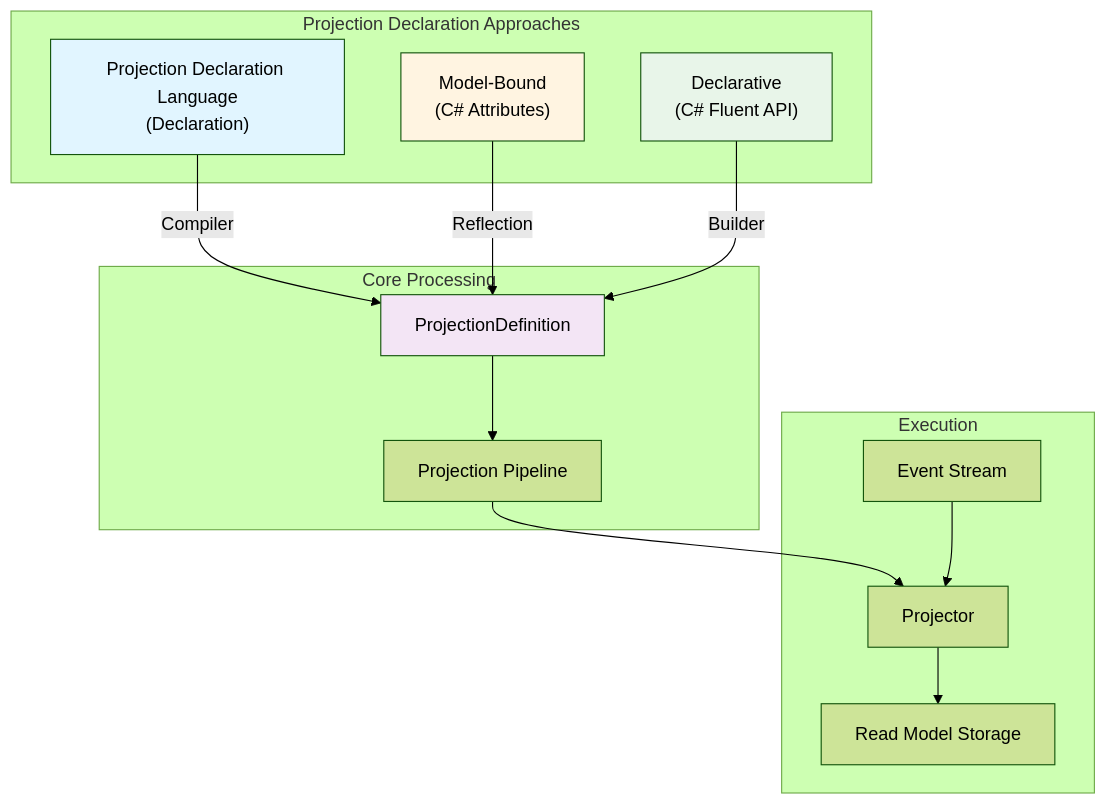
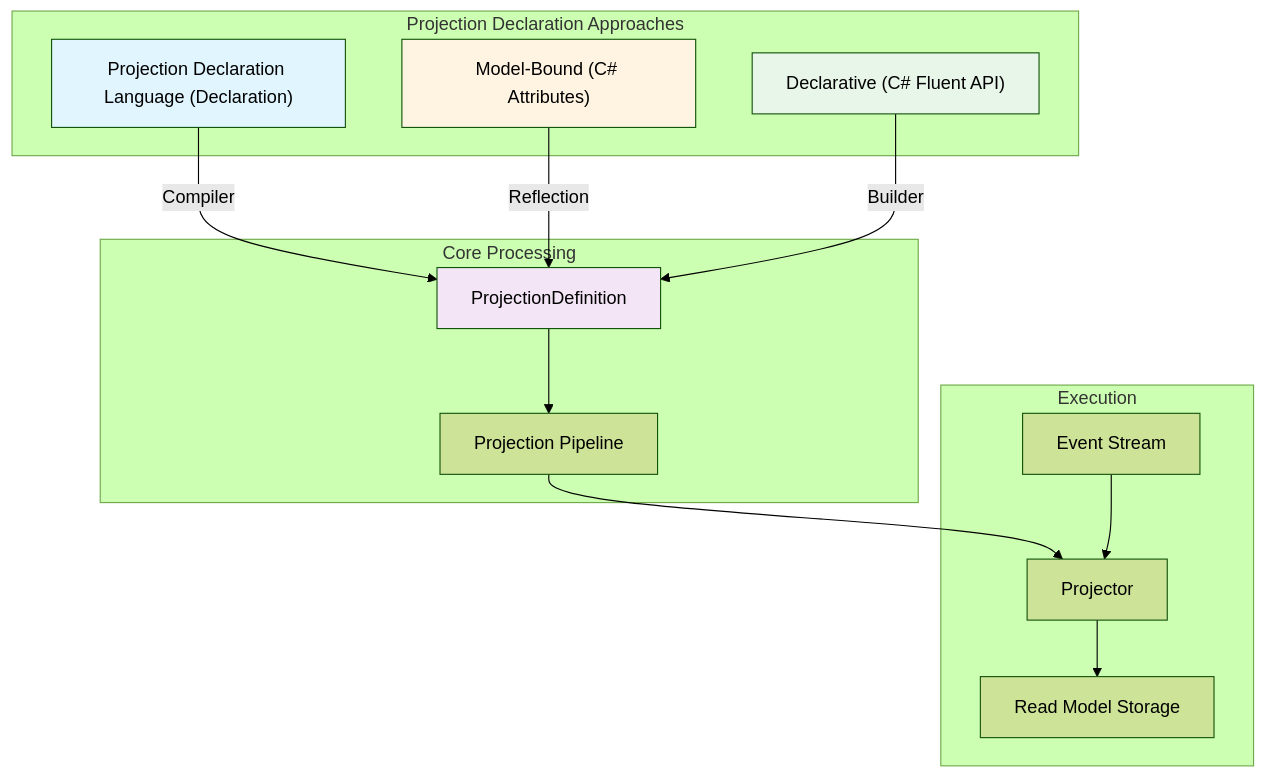
One commit to Cratis/Chronicle changed the first of 3 diagrams in Documentation/projections/architecture.md. Above: the diagram before and after it, drawn with Mermaid (forest theme). The commit also changed other lines of this file and 43 other files, not shown here.

````diff
--- a/Documentation/projections/architecture.md
+++ b/Documentation/projections/architecture.md
@@ -7,34 +7,34 @@
 ```mermaid
 graph TB
     subgraph Input["Projection Declaration Approaches"]
-        PDL["Projection Declaration Language<br/>(Declaration)"]
-        ModelBound["Model-Bound<br/>(C# Attributes)"]
-        Declarative["Declarative<br/>(C# Fluent API)"]
+        PDL["Projection Declaration Language (Declaration)"]
+        ModelBound["Model-Bound (C# Attributes)"]
+        Declarative["Declarative (C# Fluent API)"]
     end
 
     subgraph Core["Core Processing"]
         Definition["ProjectionDefinition"]
         Pipeline["Projection Pipeline"]
     end
 
     subgraph Output["Execution"]
         Events["Event Stream"]
         Projector["Projector"]
         ReadModel["Read Model Storage"]
     end
 
     PDL -->|Compiler| Definition
     ModelBound -->|Reflection| Definition
     Declarative -->|Builder| Definition
 
     Definition --> Pipeline
     Pipeline --> Projector
     Events --> Projector
     Projector --> ReadModel
 
     style PDL fill:#e1f5ff
     style ModelBound fill:#fff4e1
     style Declarative fill:#e8f5e9
     style Definition fill:#f3e5f5
 
 ```
````
